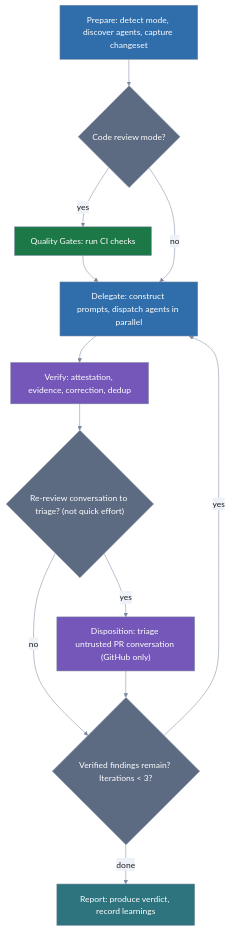
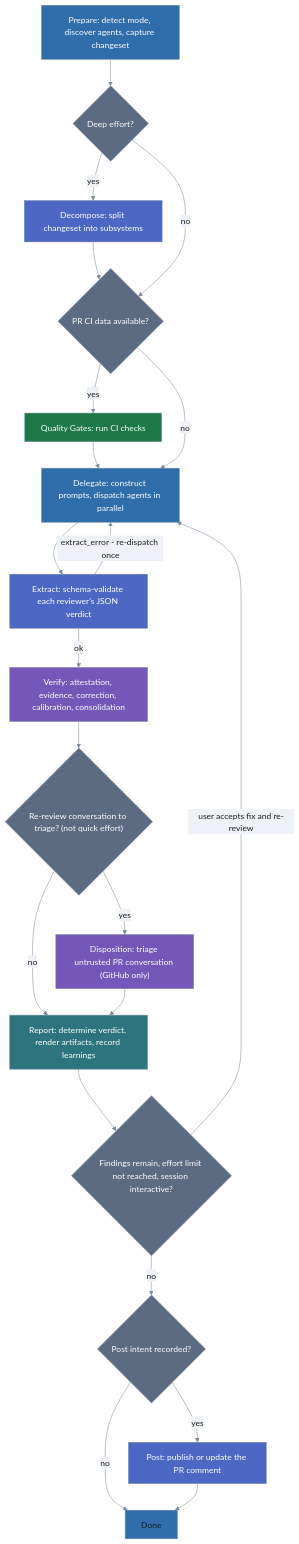
The diagram in README.md (lolables/lola-mod-review-council), drawn with Mermaid before and after one commit. The commit also changed other lines of this file, not shown here.

First line of the commit message:
docs(readme): correct pipeline phases, diagram, and step list

````diff
--- a/README.md
+++ b/README.md
@@ -371,51 +374,68 @@
 ```mermaid
 %%{init: {'theme': 'base', 'themeVariables': {
   'primaryColor': '#2f6dab',
   'primaryTextColor': '#1e1e1e',
   'primaryBorderColor': '#7c8ba1',
   'lineColor': '#7c8ba1',
   'edgeLabelBackground': '#eef2f8',
   'tertiaryColor': 'transparent',
   'tertiaryTextColor': '#7c8ba1',
   'tertiaryBorderColor': '#7c8ba1',
   'clusterBkg': 'transparent',
   'clusterBorder': '#7c8ba1',
   'titleColor': '#7c8ba1',
   'noteBkgColor': '#eef2f8',
   'noteTextColor': '#1e1e1e',
   'fontFamily': 'system-ui, sans-serif'
 }, 'themeCSS': '.node .nodeLabel{color:#ffffff!important;fill:#ffffff!important;}'}}%%
 flowchart TD
   prep["Prepare: detect mode, discover agents, capture changeset"]
-  qg{"Code review mode?"}
+  decgate{"Deep effort?"}
+  dec["Decompose: split changeset into subsystems"]
+  qg{"PR CI data available?"}
   qgrun["Quality Gates: run CI checks"]
   del["Delegate: construct prompts, dispatch agents in parallel"]
-  ver["Verify: attestation, evidence, correction, dedup"]
+  ext["Extract: schema-validate each reviewer's JSON verdict"]
+  ver["Verify: attestation, evidence, correction, calibration, consolidation"]
   dispgate{"Re-review conversation to triage? (not quick effort)"}
   disp["Disposition: triage untrusted PR conversation (GitHub only)"]
-  iter{"Verified findings remain? Iterations < 3?"}
-  report["Report: produce verdict, record learnings"]
+  report["Report: determine verdict, render artifacts, record learnings"]
+  iter{"Findings remain, effort limit not reached, session interactive?"}
+  postgate{"Post intent recorded?"}
+  post["Post: publish or update the PR comment"]
+  done["Done"]
 
-  prep --> qg
+  prep --> decgate
+  decgate -->|yes| dec
+  dec --> qg
+  decgate -->|no| qg
   qg -->|yes| qgrun
   qgrun --> del
   qg -->|no| del
-  del --> ver
+  del --> ext
+  ext -->|extract_error - re-dispatch once| del
+  ext -->|ok| ver
   ver --> dispgate
   dispgate -->|yes| disp
-  dispgate -->|no| iter
-  disp --> iter
-  iter -->|yes| del
-  iter -->|done| report
+  dispgate -->|no| report
+  disp --> report
+  report --> iter
+  iter -->|user accepts fix and re-review| del
+  iter -->|no| postgate
+  postgate -->|yes| post
+  postgate -->|no| done
+  post --> done
 
   classDef sysA fill:#2f6dab,color:#ffffff,stroke:#7c8ba1
   classDef sysB fill:#1d7848,color:#ffffff,stroke:#7c8ba1
   classDef sysC fill:#7457b8,color:#ffffff,stroke:#7c8ba1
   classDef sysD fill:#2d747e,color:#ffffff,stroke:#7c8ba1
+  classDef sysE fill:#4d68c4,color:#ffffff,stroke:#7c8ba1
   classDef sysF fill:#5c6a82,color:#ffffff,stroke:#7c8ba1
   class prep,del sysA
   class qgrun sysB
   class ver,disp sysC
   class report sysD
-  class qg,iter,dispgate sysF
+  class dec,ext,post sysE
+  class qg,iter,dispgate,decgate,postgate sysF
 ```
````
